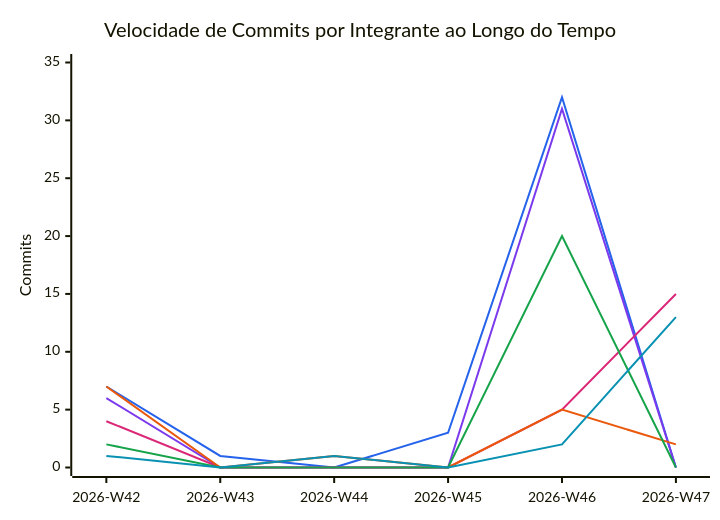
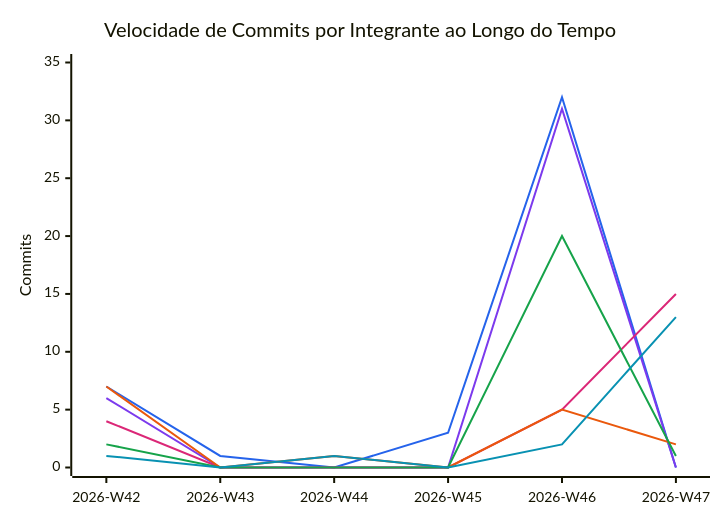
The diagram in snippets/commit-velocity.mmd (FCTE-Qualidade-de-Software-1/2026-2_T02_KAY_MCNULTY), drawn with Mermaid before and after one commit. The commit also changed 1 other file, not shown here.

```diff
--- a/snippets/commit-velocity.mmd
+++ b/snippets/commit-velocity.mmd
@@ -1,11 +1,11 @@
 %%{init: {"themeVariables": {"xyChart": {"plotColorPalette": "#2563eb, #7c3aed, #db2777, #ea580c, #16a34a, #0891b2"}}}}%%
 xychart-beta
     title "Velocidade de Commits por Integrante ao Longo do Tempo"
     x-axis ["2026-W42", "2026-W43", "2026-W44", "2026-W45", "2026-W46", "2026-W47"]
     y-axis "Commits" 0 --> 35
     line [7, 1, 0, 3, 32, 0]
     line [6, 0, 0, 0, 31, 0]
     line [4, 0, 0, 0, 5, 15]
     line [7, 0, 1, 0, 5, 2]
-    line [2, 0, 0, 0, 20, 0]
+    line [2, 0, 0, 0, 20, 1]
     line [1, 0, 1, 0, 2, 13]
```
